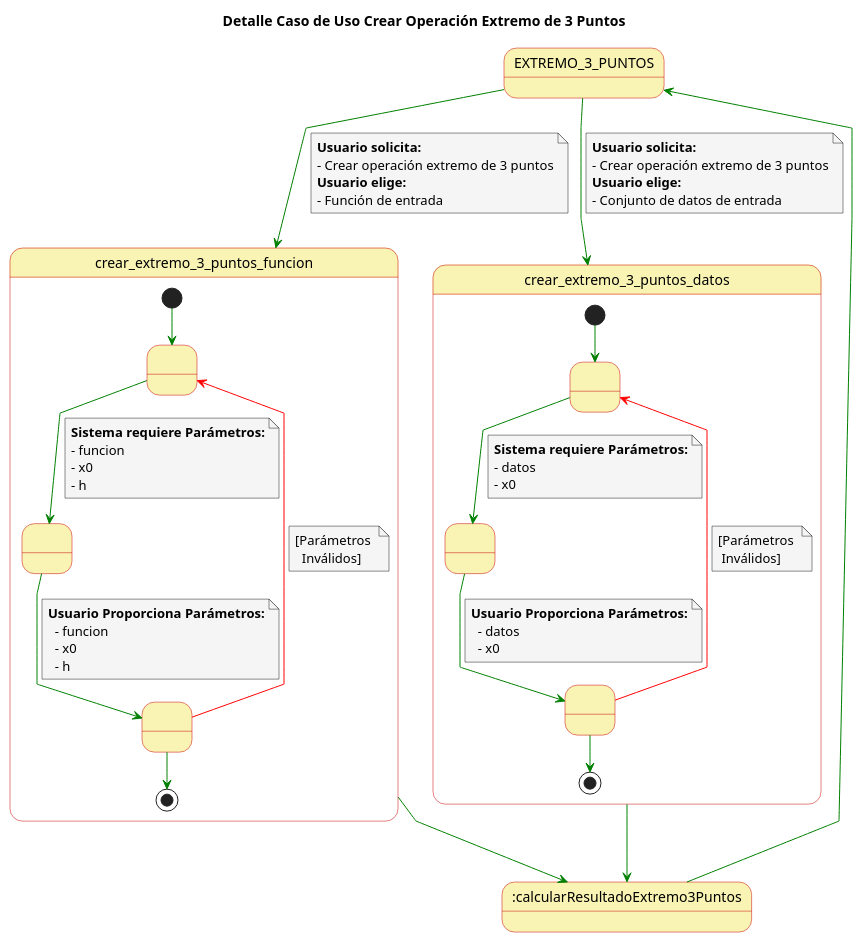
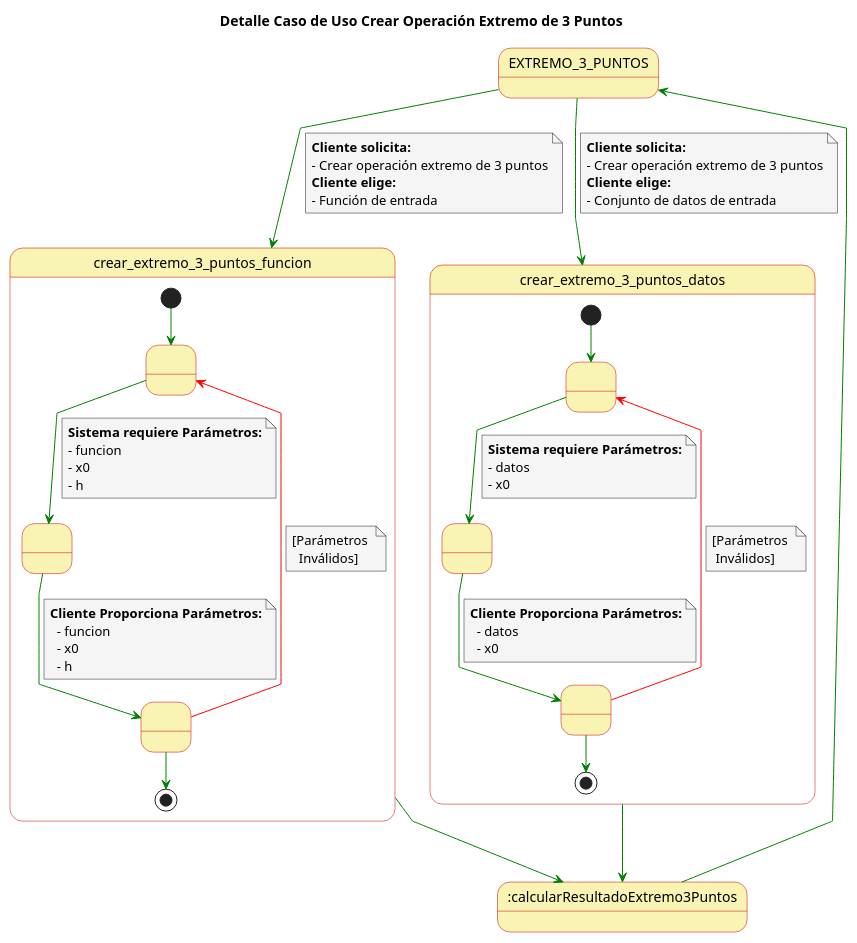
One commit to rodri5villa/numath-API changed the diagram in casosDeUso/detallesCasosUsoDiferenciacionNumericaEIntegracion/detalleCasoUsoCrearExtremo3Puntos.puml. Above: the diagram before and after it, drawn with PlantUML. The commit also changed 170 other files, not shown here.

```diff
--- a/casosDeUso/detallesCasosUsoDiferenciacionNumericaEIntegracion/detalleCasoUsoCrearExtremo3Puntos.puml
+++ b/casosDeUso/detallesCasosUsoDiferenciacionNumericaEIntegracion/detalleCasoUsoCrearExtremo3Puntos.puml
@@ -1,97 +1,97 @@
 @startuml
 
 top to bottom direction
 
 skinparam state {
   BackgroundColor #faf4b4
   BorderColor #c90000
 }
 
 skinparam note {
   BackgroundColor #f5f5f5
 }
 
 skinparam linetype polyline
 
 title Detalle Caso de Uso Crear Operación Extremo de 3 Puntos
 
 state EXTREMO_3_PUNTOS 
 
 EXTREMO_3_PUNTOS -[#green]-> crear_extremo_3_puntos_funcion
 note on link
-  **Usuario solicita:**
+  **Cliente solicita:**
   - Crear operación extremo de 3 puntos
-  **Usuario elige:**
+  **Cliente elige:**
   - Función de entrada
 end note
 EXTREMO_3_PUNTOS -[#green]-> crear_extremo_3_puntos_datos
 note on link
-  **Usuario solicita:**
+  **Cliente solicita:**
   - Crear operación extremo de 3 puntos
-  **Usuario elige:**
+  **Cliente elige:**
   - Conjunto de datos de entrada
 end note
 
 state crear_extremo_3_puntos_funcion{
   state 1 as " "
   state 2 as " "
   state 3 as " "
   
   [*] -[#green]-> 1
   1 -[#green]-> 2
   note on link
       **Sistema requiere Parámetros:**
       - funcion
       - x0
       - h
   end note
   2 -[#green]-> 3
   note on link
-    **Usuario Proporciona Parámetros:**
+    **Cliente Proporciona Parámetros:**
       - funcion
       - x0
       - h
   end note
   3 -[#red]-> 1
   note on link
     [Parámetros 
       Inválidos]
   end note
   3 -[#green]-> [*]
 
 }
 
 state crear_extremo_3_puntos_datos{
   state 4 as " "
   state 5 as " "
   state 6 as " "
   
   [*] -[#green]-> 4
   4 -[#green]-> 5
   note on link
       **Sistema requiere Parámetros:**
       - datos
       - x0
   end note
   5 -[#green]-> 6
   note on link
-    **Usuario Proporciona Parámetros:**
+    **Cliente Proporciona Parámetros:**
       - datos
       - x0
   end note
   6 -[#red]-> 4
   note on link
     [Parámetros 
      Inválidos]
   end note
   6 -[#green]-> [*]
 
 }
 
 
 crear_extremo_3_puntos_funcion-[#green]-> :calcularResultadoExtremo3Puntos
 crear_extremo_3_puntos_datos -[#green]-> :calcularResultadoExtremo3Puntos
 
 :calcularResultadoExtremo3Puntos-[#green]-> EXTREMO_3_PUNTOS 
 
 @enduml
```
